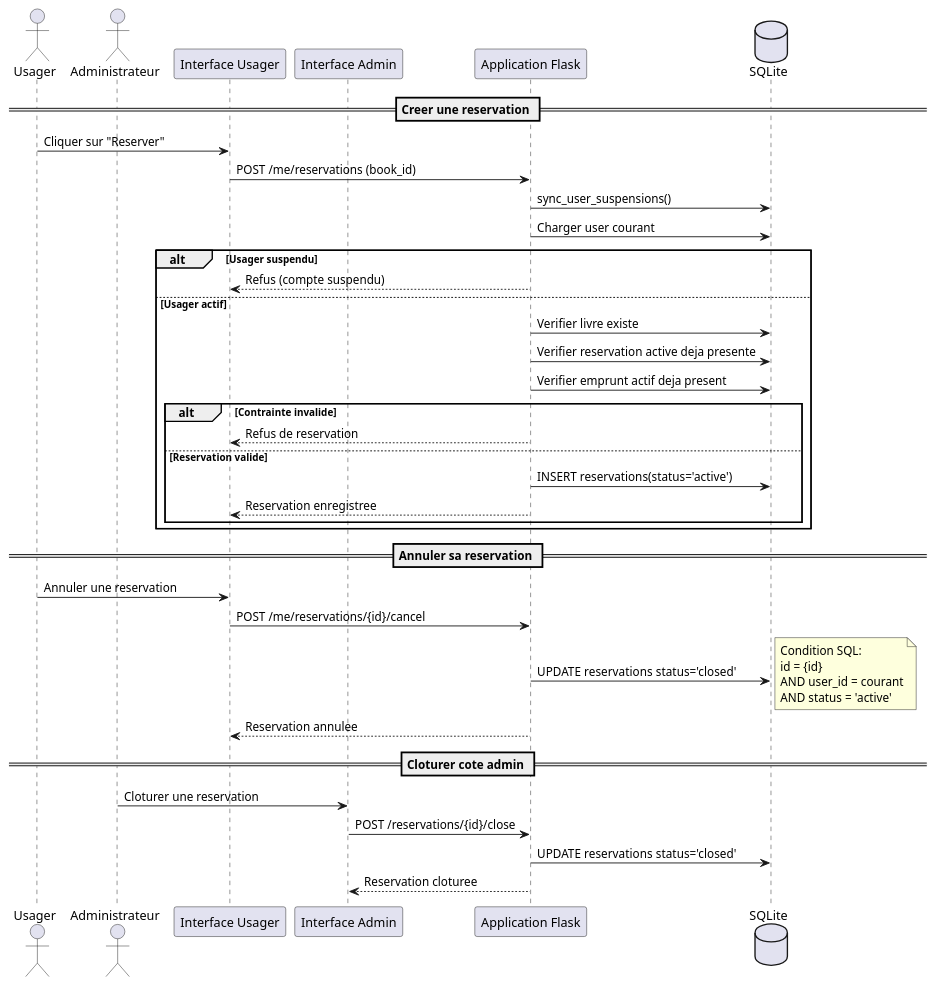
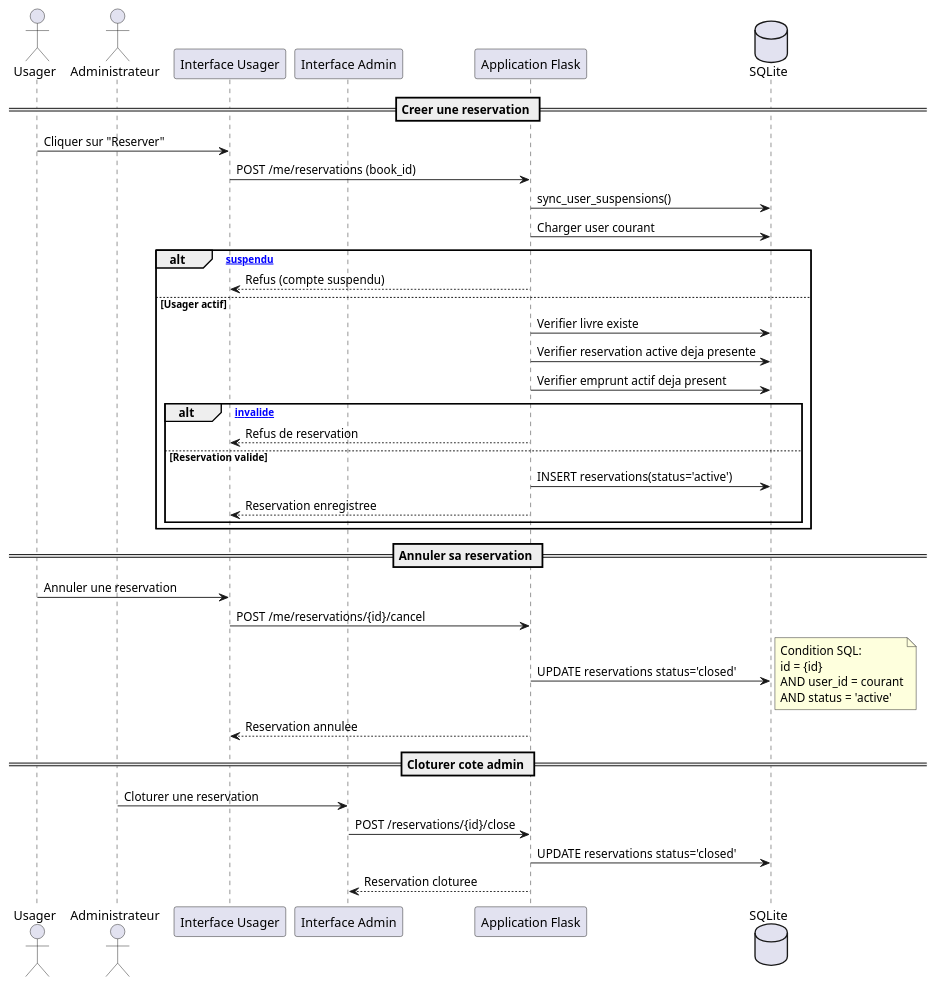
One commit to JunRoot29/Gestion-d-une-Bibliotheque changed the diagram in diagrams/sequence_reservation.puml. Above: the diagram before and after it, drawn with PlantUML. The commit also changed 23 other files, not shown here.

Commit message:
Mise à jour des diagrammes, Ajout d'image t du powerpoint

```diff
--- a/diagrams/sequence_reservation.puml
+++ b/diagrams/sequence_reservation.puml
@@ -1,47 +1,47 @@
 @startuml
 actor "Usager" as U
 actor "Administrateur" as A
 participant "Interface Usager" as UUI
 participant "Interface Admin" as AUI
 participant "Application Flask" as APP
 database "SQLite" as DB
 
 == Creer une reservation ==
 U -> UUI : Cliquer sur "Reserver"
 UUI -> APP : POST /me/reservations (book_id)
 APP -> DB : sync_user_suspensions()
 APP -> DB : Charger user courant
 
-alt Usager suspendu
+alt [Usager suspendu]
   APP --> UUI : Refus (compte suspendu)
 else Usager actif
   APP -> DB : Verifier livre existe
   APP -> DB : Verifier reservation active deja presente
   APP -> DB : Verifier emprunt actif deja present
 
-  alt Contrainte invalide
+  alt [Contrainte invalide]
     APP --> UUI : Refus de reservation
   else Reservation valide
     APP -> DB : INSERT reservations(status='active')
     APP --> UUI : Reservation enregistree
   end
 end
 
 == Annuler sa reservation ==
 U -> UUI : Annuler une reservation
 UUI -> APP : POST /me/reservations/{id}/cancel
 APP -> DB : UPDATE reservations status='closed'
 note right
 Condition SQL:
 id = {id}
 AND user_id = courant
 AND status = 'active'
 end note
 APP --> UUI : Reservation annulee
 
 == Cloturer cote admin ==
 A -> AUI : Cloturer une reservation
 AUI -> APP : POST /reservations/{id}/close
 APP -> DB : UPDATE reservations status='closed'
 APP --> AUI : Reservation cloturee
 @enduml
```
